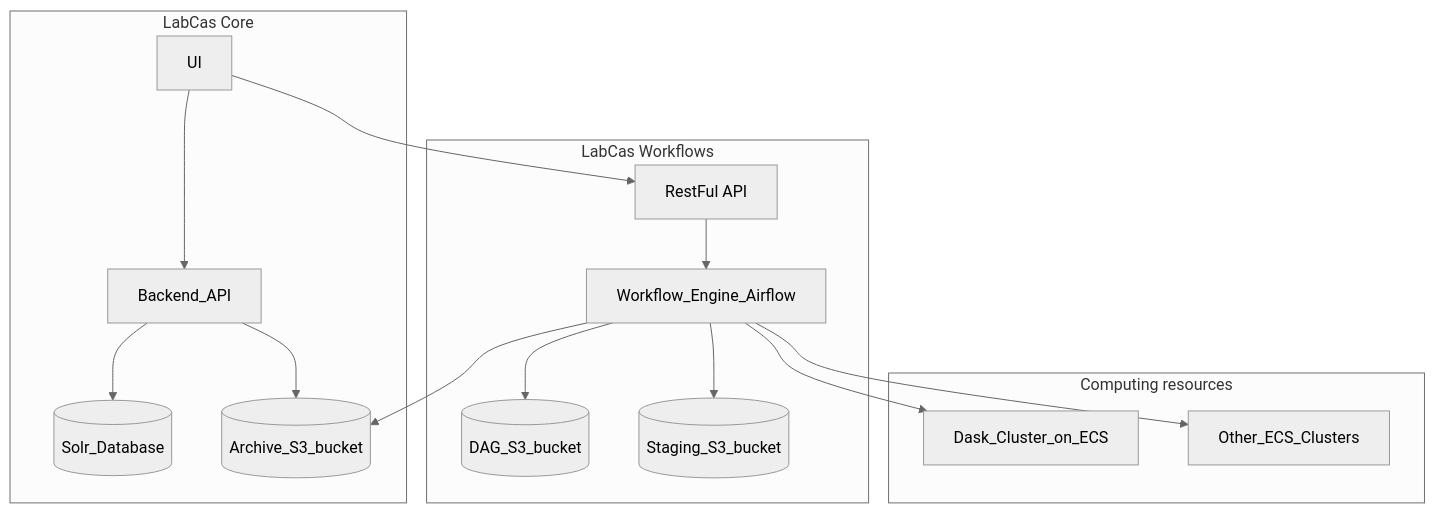
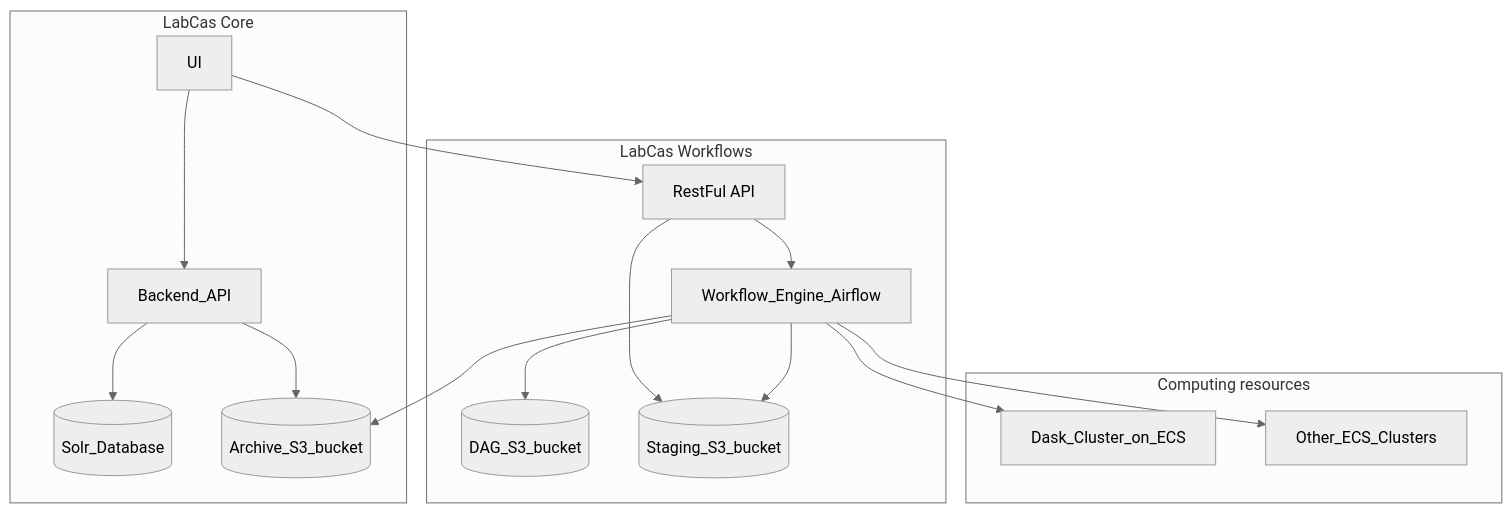
One commit to jpl-labcas/workflows changed the diagram in docs/install.rst. Above: the diagram before and after it, drawn with Mermaid (neutral theme). The commit also changed other lines of this file and 1 other file, not shown here.

```diff
--- a/docs/install.rst
+++ b/docs/install.rst
@@ -28,25 +28,26 @@
 .. mermaid::
 
    graph TD
      subgraph LabCas Core
        A[UI] --> B[Backend_API]
        B --> C[(Solr_Database)]
        B --> D[(Archive_S3_bucket)]
      end
      subgraph LabCas Workflows
        F[RestFul API]
        G[Workflow_Engine_Airflow]
        H[(DAG_S3_bucket)]
        I[(Staging_S3_bucket)]
        A --> F
        F --> G
+       F --> I
        G --> H
        G --> D
        G --> I
      end
      subgraph Computing resources
        J[Dask_Cluster_on_ECS]
        K[Other_ECS_Clusters]
        G --> J
        G --> K
      end
```
